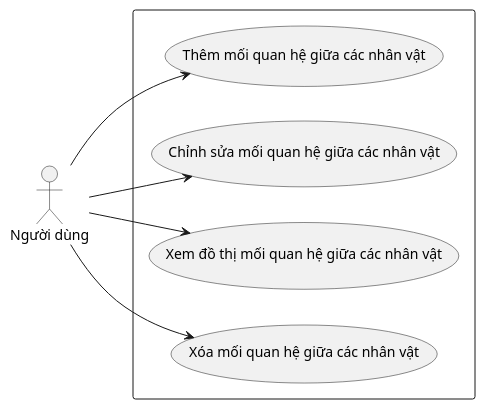
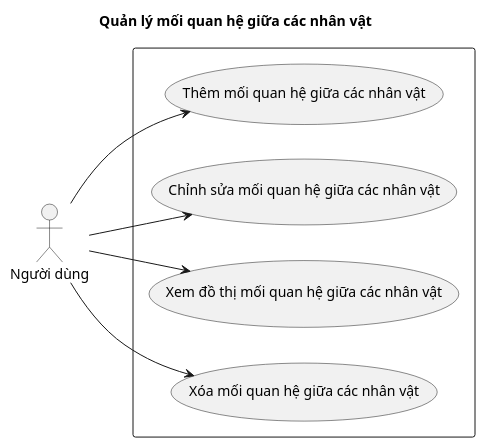
Before and after one commit to 202416852-anhpv/story2video-docs: the diagram in docs/use-case-diagrams/uc_01_06.puml, drawn with PlantUML. The commit also changed 6 other files, not shown here.

Commit message:
docs: add titles to use case diagrams

```diff
--- a/docs/use-case-diagrams/uc_01_06.puml
+++ b/docs/use-case-diagrams/uc_01_06.puml
@@ -1,18 +1,19 @@
-@startuml uc_01_06
+@startuml
+title Quản lý mối quan hệ giữa các nhân vật
 left to right direction
 
 actor "Người dùng" as User
 
 rectangle {
     usecase "Thêm mối quan hệ giữa các nhân vật" as UC_01
     usecase "Chỉnh sửa mối quan hệ giữa các nhân vật" as UC_02
     usecase "Xem đồ thị mối quan hệ giữa các nhân vật" as UC_03
     usecase "Xóa mối quan hệ giữa các nhân vật" as UC_04
 }
 
 User --> UC_01
 User --> UC_02
 User --> UC_03
 User --> UC_04
 
 @enduml
```
